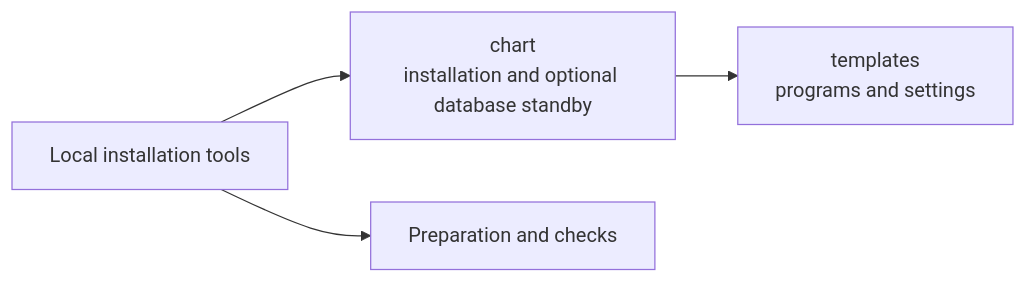
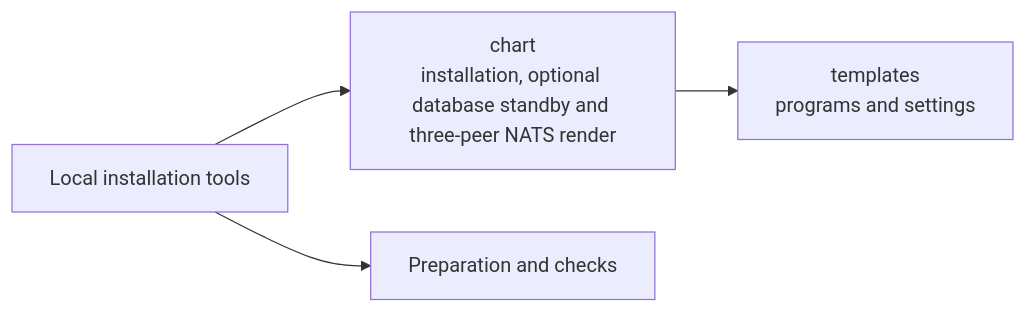
Before and after one commit to elewa-git/opencrane-new: the diagram in infra/package/chart/README.md, drawn with Mermaid. The commit also changed other lines of this file and 13 other files, not shown here.

Commit message:
🧩 Render three private NATS peers with separate storage

````diff
--- a/infra/package/chart/README.md
+++ b/infra/package/chart/README.md
@@ -30,6 +31,6 @@
 ```mermaid
 flowchart LR
-  package["Local installation tools"] --> chart["chart<br/>installation and optional database standby"]
+  package["Local installation tools"] --> chart["chart<br/>installation, optional database standby and three-peer NATS render"]
   package --> prepare["Preparation and checks"]
   chart --> templates["templates<br/>programs and settings"]
 ```
````
